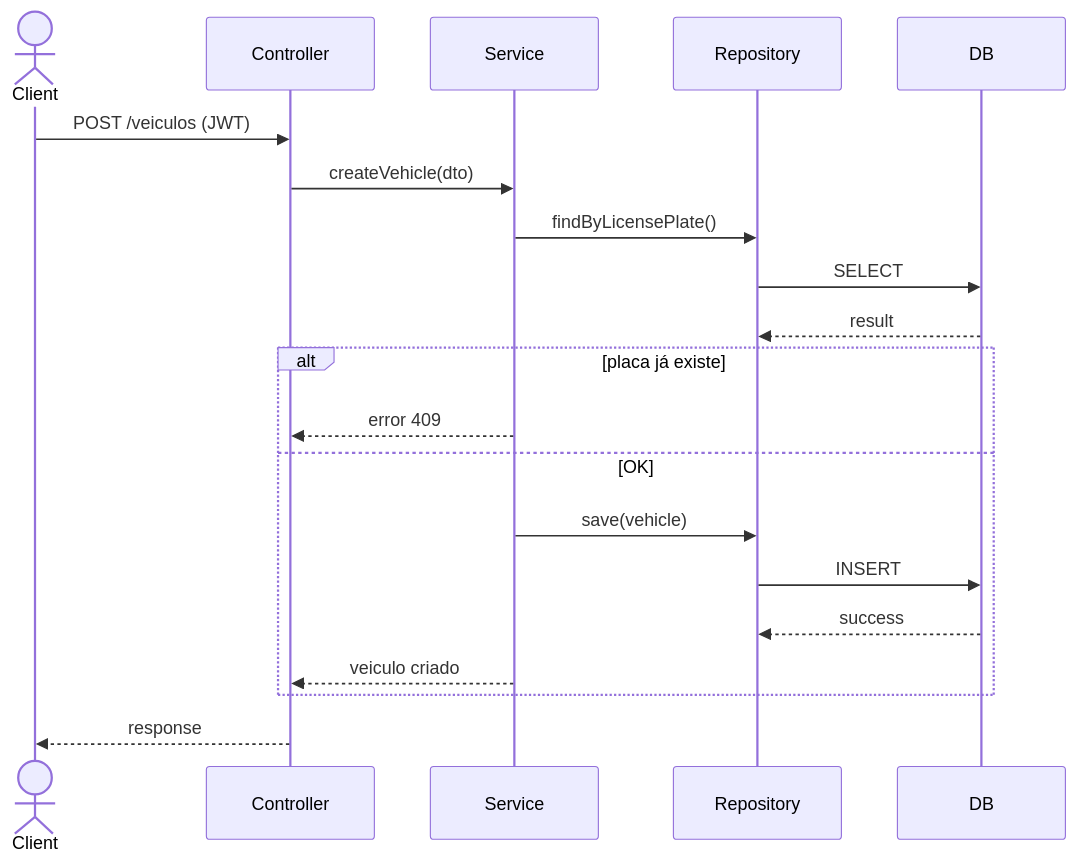
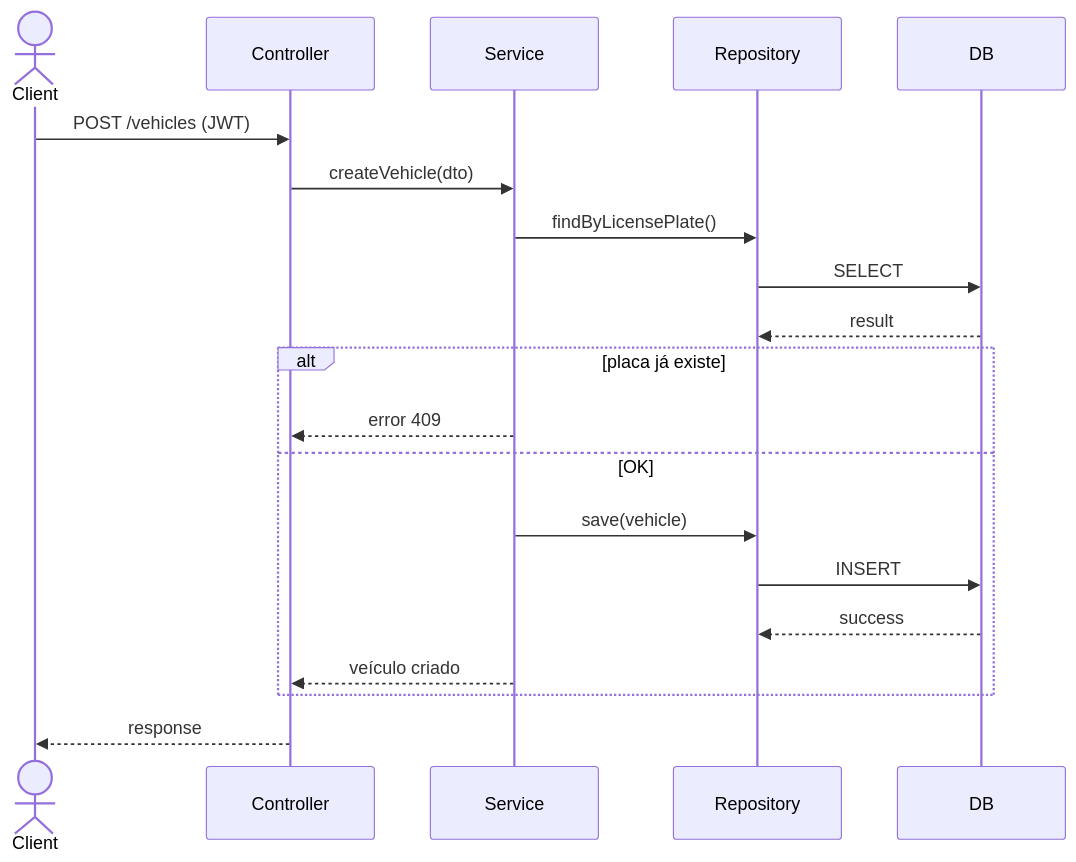
Before and after one commit to guvitorino/api-veiculos: the second of 3 diagrams in README.md, drawn with Mermaid. The commit also changed other lines of this file, not shown here.

````diff
--- a/README.md
+++ b/README.md
@@ -31,26 +100,26 @@
 ```mermaid
 sequenceDiagram
     actor Client
     participant Controller
     participant Service
     participant Repository
     participant DB
 
-    Client->>Controller: POST /veiculos (JWT)
+    Client->>Controller: POST /vehicles (JWT)
     Controller->>Service: createVehicle(dto)
 
     Service->>Repository: findByLicensePlate()
     Repository->>DB: SELECT
     DB-->>Repository: result
 
     alt placa já existe
         Service-->>Controller: error 409
     else OK
         Service->>Repository: save(vehicle)
         Repository->>DB: INSERT
         DB-->>Repository: success
-        Service-->>Controller: veiculo criado
+        Service-->>Controller: veículo criado
     end
 
     Controller-->>Client: response
 ```
````
